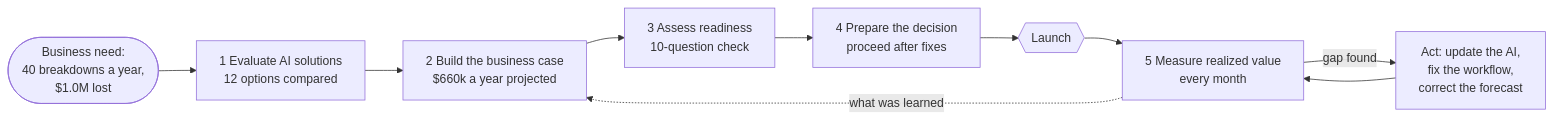
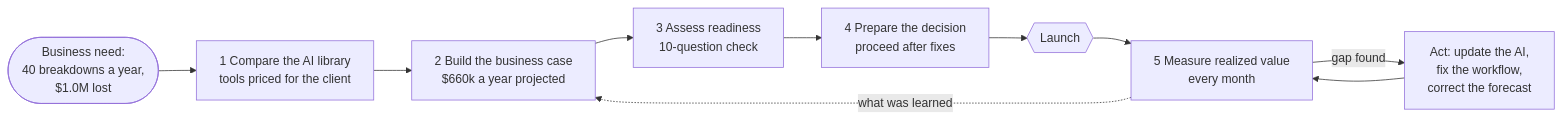
The first of 3 diagrams in docs/requirements.md (chaialishekar/AI-ROI-Navigator), drawn with Mermaid before and after one commit. The commit also changed other lines of this file and 20 other files, not shown here.

First line of the commit message:
Lead with the AI ROI problem; compare the provider's AI library; add PRD and leak map

````diff
--- a/docs/requirements.md
+++ b/docs/requirements.md
@@ -18,12 +18,12 @@
 ```mermaid
 flowchart LR
-    N([Business need:<br/>40 breakdowns a year,<br/>$1.0M lost]) --> A[1 Evaluate AI solutions<br/>12 options compared]
+    N([Business need:<br/>40 breakdowns a year,<br/>$1.0M lost]) --> A[1 Compare the AI library<br/>tools priced for the client]
     A --> B[2 Build the business case<br/>$660k a year projected]
     B --> C[3 Assess readiness<br/>10-question check]
     C --> D[4 Prepare the decision<br/>proceed after fixes]
     D --> L{{Launch}}
     L --> E[5 Measure realized value<br/>every month]
     E -- gap found --> F[Act: update the AI,<br/>fix the workflow,<br/>correct the forecast]
     F --> E
     E -. what was learned .-> B
 ```
````
